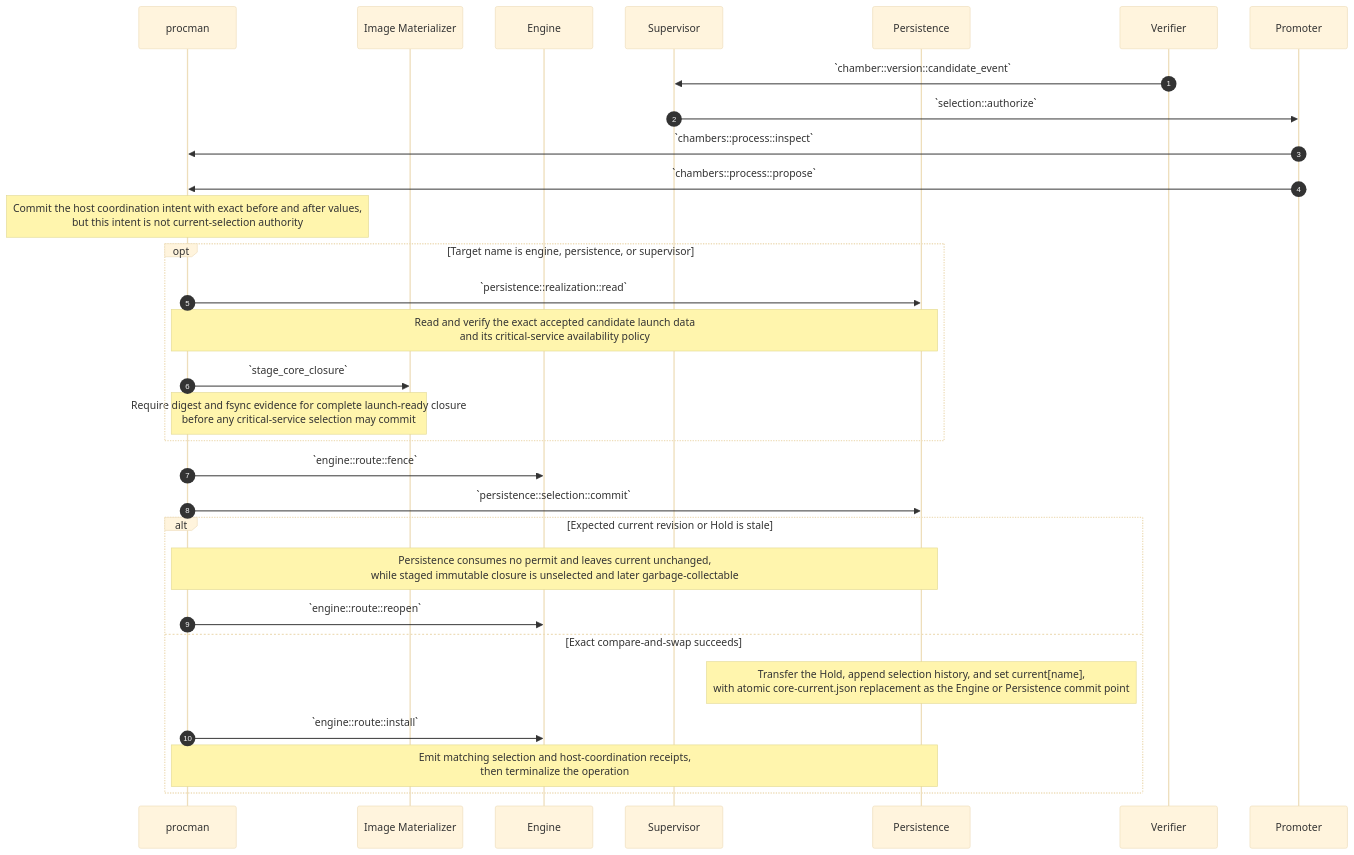
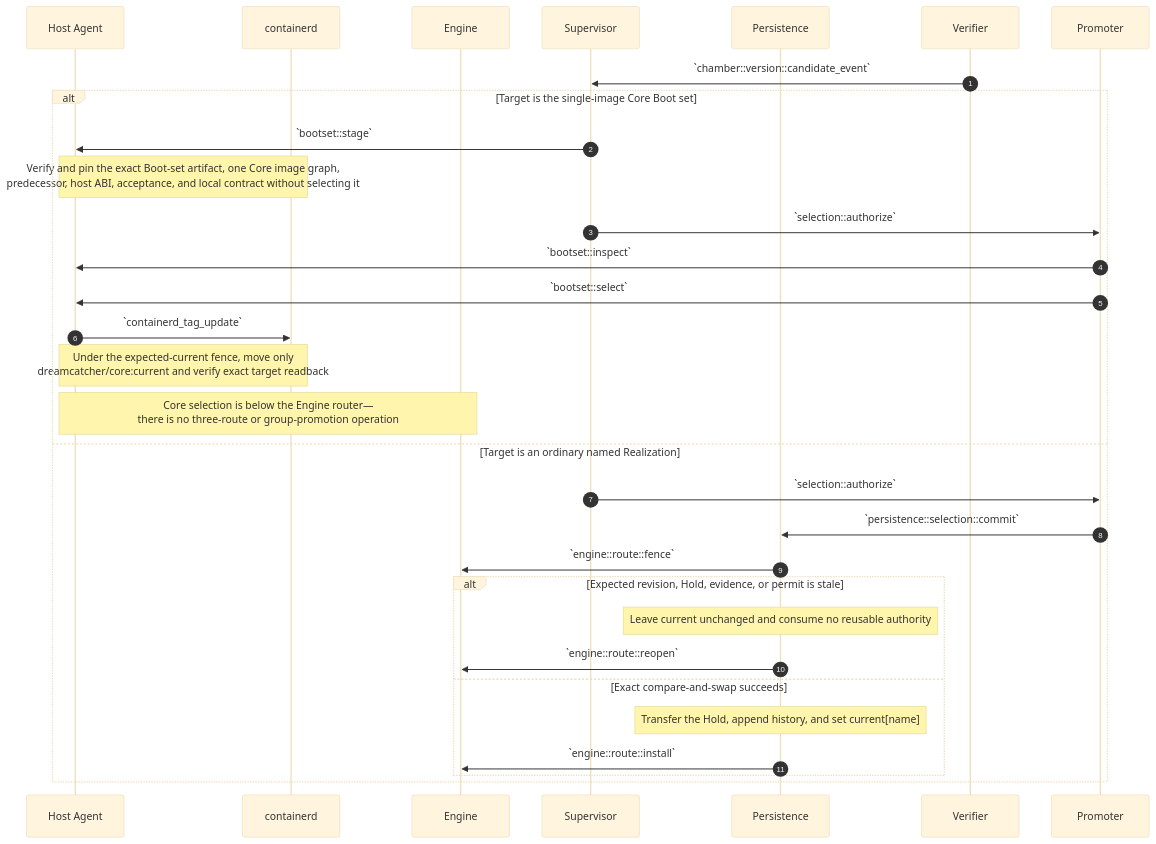
One commit to dreamcatcher-tech/chambers-lifecycle-explorer changed diagram 12 of 15 in source/chambers-lifecycle-sequences.md. Above: the diagram before and after it, drawn with Mermaid (base theme). The commit also changed other lines of this file and 8 other files, not shown here.

Commit message:
docs: sync single-image Core lifecycle

````diff
--- a/source/chambers-lifecycle-sequences.md
+++ b/source/chambers-lifecycle-sequences.md
@@ -1498,36 +1072,34 @@
 ```mermaid
 sequenceDiagram
     autonumber
-    participant procman
-    participant Materializer as Image Materializer
+    participant HostAgent as Host Agent
+    participant containerd
     participant Engine
     participant Supervisor
     participant Persistence
     participant Verifier
     participant Promoter
 
     Verifier->>Supervisor: `chamber::version::candidate_event`
-    Supervisor->>Promoter: `selection::authorize`
-    Promoter->>procman: `chambers::process::inspect`
-    Promoter->>procman: `chambers::process::propose`
-
-    Note over procman: Commit the host coordination intent with exact before and after values,<br/>but this intent is not current-selection authority
-    opt Target name is engine, persistence, or supervisor
-        procman->>Persistence: `persistence::realization::read`
-        Note over procman,Persistence: Read and verify the exact accepted candidate launch data<br/>and its critical-service availability policy
-        procman->>Materializer: `stage_core_closure`
-        Note over procman,Materializer: Require digest and fsync evidence for complete launch-ready closure<br/>before any critical-service selection may commit
+    alt Target is the single-image Core Boot set
+        Supervisor->>HostAgent: `bootset::stage`
+        Note over HostAgent,containerd: Verify and pin the exact Boot-set artifact, one Core image graph,<br/>predecessor, host ABI, acceptance, and local contract without selecting it
+        Supervisor->>Promoter: `selection::authorize`
+        Promoter->>HostAgent: `bootset::inspect`
+        Promoter->>HostAgent: `bootset::select`
+        HostAgent->>containerd: `containerd_tag_update`
+        Note over HostAgent,containerd: Under the expected-current fence, move only<br/>dreamcatcher/core:current and verify exact target readback
+        Note over HostAgent,Engine: Core selection is below the Engine router—<br/>there is no three-route or group-promotion operation
+    else Target is an ordinary named Realization
+        Supervisor->>Promoter: `selection::authorize`
+        Promoter->>Persistence: `persistence::selection::commit`
+        Persistence->>Engine: `engine::route::fence`
+        alt Expected revision, Hold, evidence, or permit is stale
+            Note over Persistence: Leave current unchanged and consume no reusable authority
+            Persistence->>Engine: `engine::route::reopen`
+        else Exact compare-and-swap succeeds
+            Note over Persistence: Transfer the Hold, append history, and set current[name]
+            Persistence->>Engine: `engine::route::install`
+        end
     end
-    procman->>Engine: `engine::route::fence`
-    procman->>Persistence: `persistence::selection::commit`
-
-    alt Expected current revision or Hold is stale
-        Note over procman,Persistence: Persistence consumes no permit and leaves current unchanged,<br/>while staged immutable closure is unselected and later garbage-collectable
-        procman->>Engine: `engine::route::reopen`
-    else Exact compare-and-swap succeeds
-        Note over Persistence: Transfer the Hold, append selection history, and set current[name],<br/>with atomic core-current.json replacement as the Engine or Persistence commit point
-        procman->>Engine: `engine::route::install`
-        Note over procman,Persistence: Emit matching selection and host-coordination receipts,<br/>then terminalize the operation
-    end
-
 ```
````
